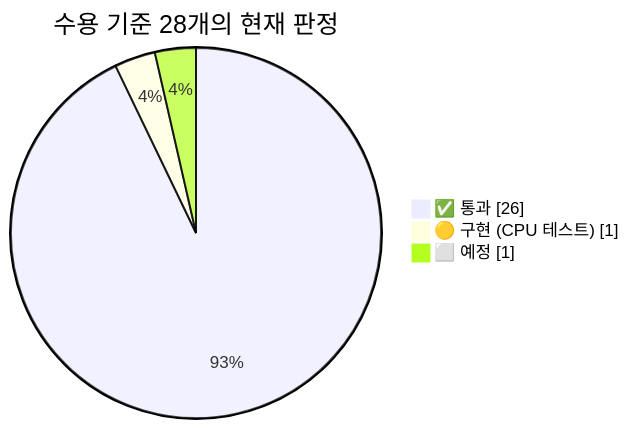
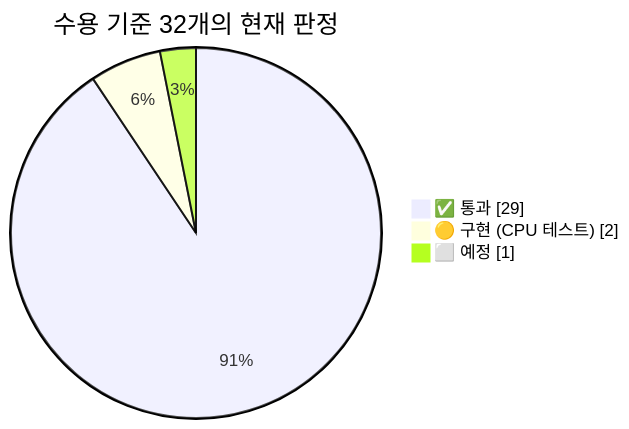
One commit to Youngmin17/TriCast changed the fourth of 6 diagrams in docs/SPEC.md. Above: the diagram before and after it, drawn with Mermaid. The commit also changed other lines of this file and 28 other files, not shown here.

````diff
--- a/docs/SPEC.md
+++ b/docs/SPEC.md
@@ -456,7 +461,7 @@
 ```mermaid
 pie showData
-    title 수용 기준 28개의 현재 판정
-    "✅ 통과" : 26
-    "🟡 구현 (CPU 테스트)" : 1
+    title 수용 기준 32개의 현재 판정
+    "✅ 통과" : 29
+    "🟡 구현 (CPU 테스트)" : 2
     "⬜ 예정" : 1
 ```
````
